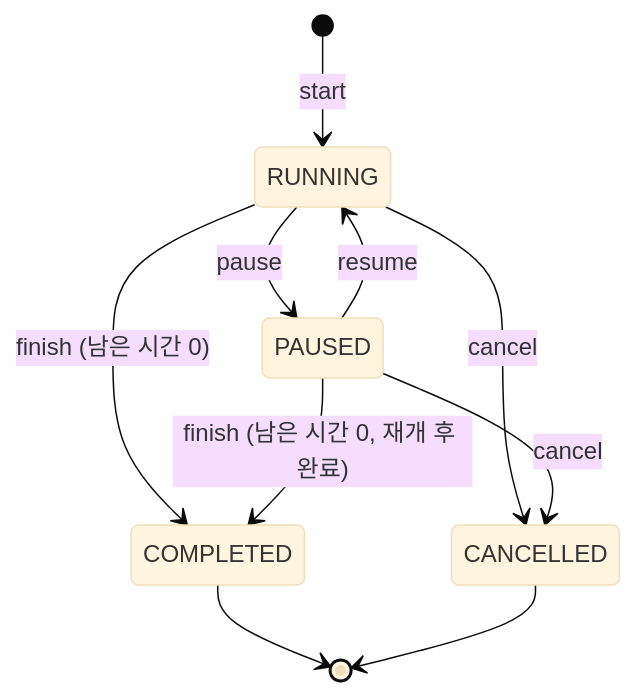
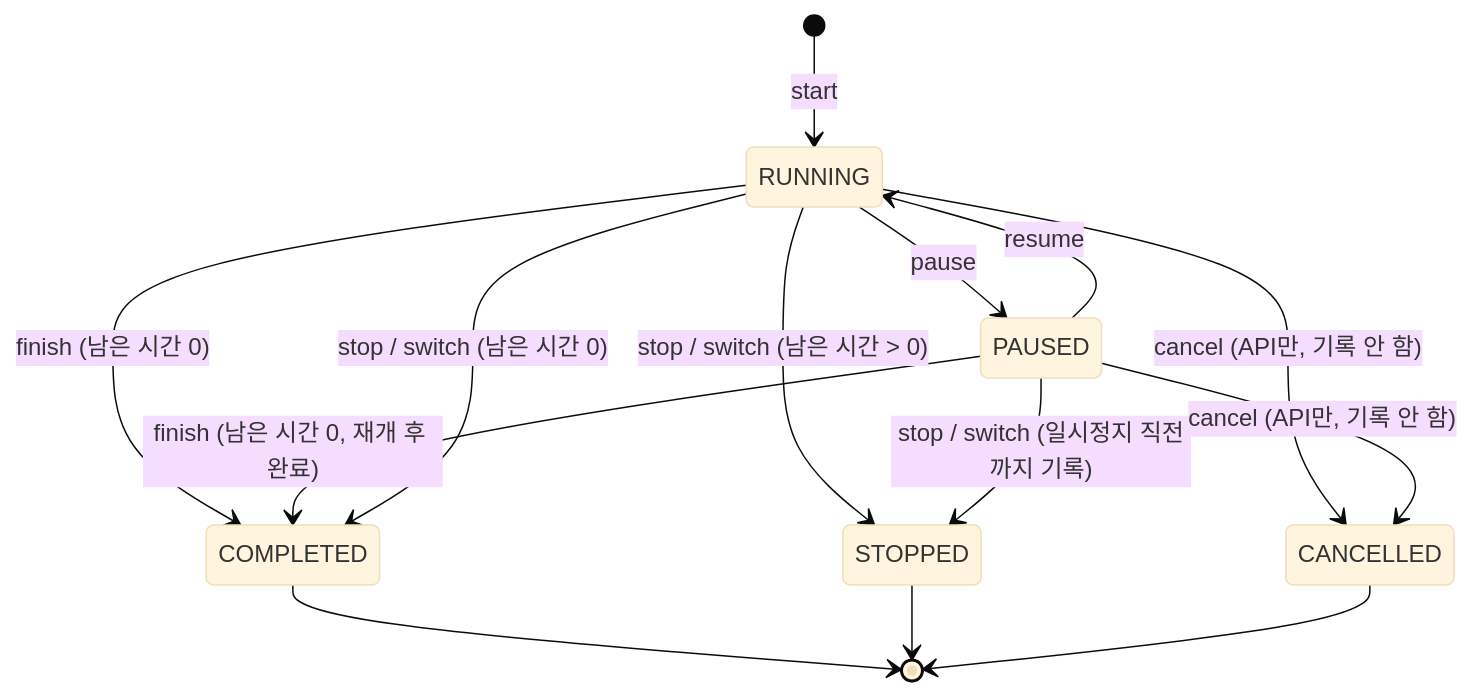
One commit to xmogux/DaySpark changed the sixth of 6 diagrams in docs/architecture.md. Above: the diagram before and after it, drawn with Mermaid (base theme). The commit also changed other lines of this file and 6 other files, not shown here.

````diff
--- a/docs/architecture.md
+++ b/docs/architecture.md
@@ -310,12 +313,16 @@
 ```mermaid
 stateDiagram-v2
     [*] --> RUNNING: start
     RUNNING --> PAUSED: pause
     PAUSED --> RUNNING: resume
     RUNNING --> COMPLETED: finish (남은 시간 0)
     PAUSED --> COMPLETED: finish (남은 시간 0, 재개 후 완료)
-    RUNNING --> CANCELLED: cancel
-    PAUSED --> CANCELLED: cancel
+    RUNNING --> STOPPED: stop / switch (남은 시간 > 0)
+    PAUSED --> STOPPED: stop / switch (일시정지 직전까지 기록)
+    RUNNING --> COMPLETED: stop / switch (남은 시간 0)
+    RUNNING --> CANCELLED: cancel (API만, 기록 안 함)
+    PAUSED --> CANCELLED: cancel (API만, 기록 안 함)
     COMPLETED --> [*]
+    STOPPED --> [*]
     CANCELLED --> [*]
 ```
````
